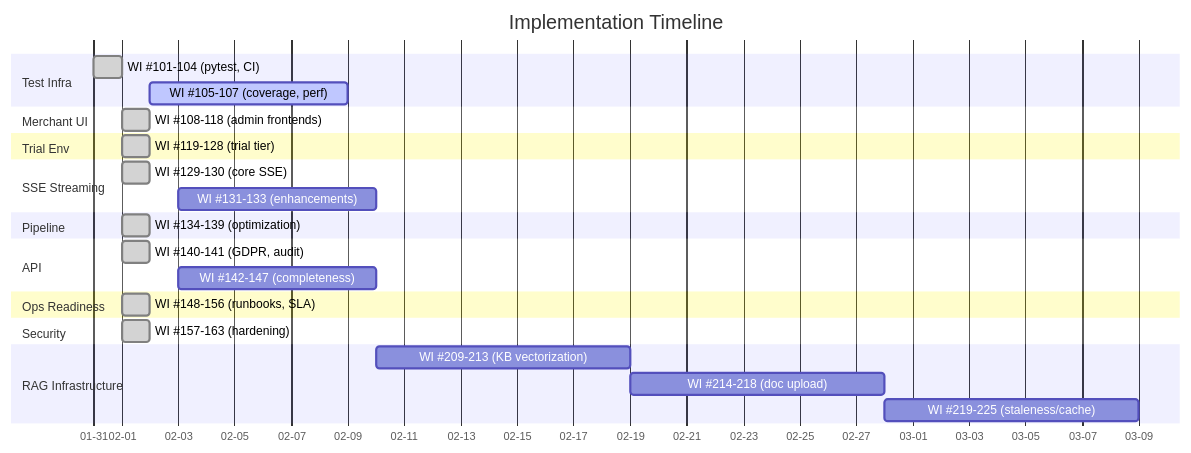
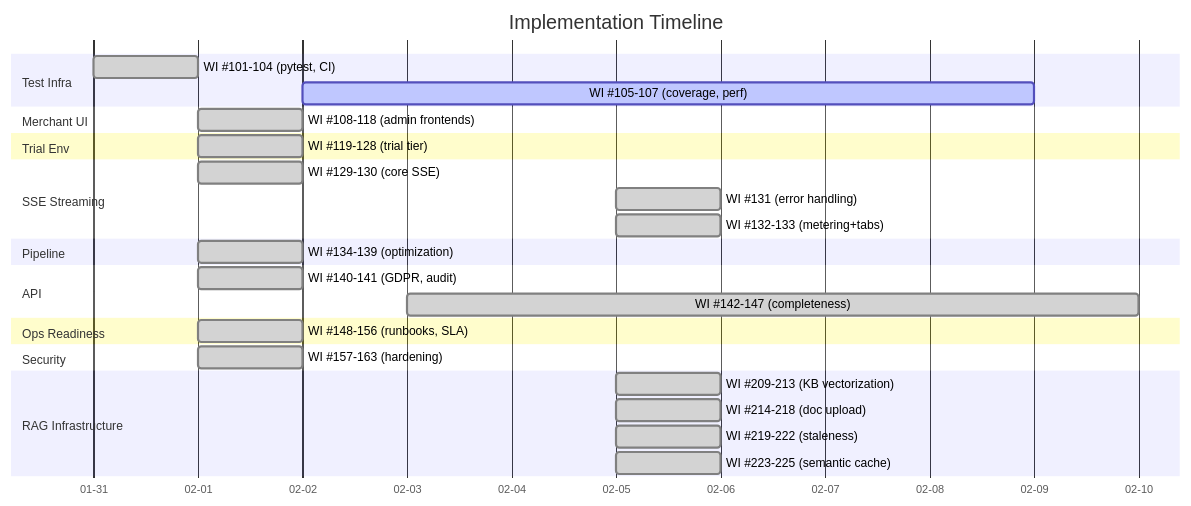
One commit to Remaker-Digital/groundtruth-kb changed the second of 3 diagrams in docs/BACKLOG-NEW-WORK-ITEMS.md. Above: the diagram before and after it, drawn with Mermaid. The commit also changed other lines of this file and 117 other files, not shown here.

````diff
--- a/docs/BACKLOG-NEW-WORK-ITEMS.md
+++ b/docs/BACKLOG-NEW-WORK-ITEMS.md
@@ -22,38 +22,40 @@
 ```mermaid
 gantt
     title Implementation Timeline
     dateFormat YYYY-MM-DD
     axisFormat %m-%d
 
     section Test Infra
     WI #101-104 (pytest, CI)       :done, 2026-01-31, 1d
     WI #105-107 (coverage, perf)   :active, 2026-02-02, 7d
 
     section Merchant UI
     WI #108-118 (admin frontends)  :done, 2026-02-01, 1d
 
     section Trial Env
     WI #119-128 (trial tier)       :done, 2026-02-01, 1d
 
     section SSE Streaming
     WI #129-130 (core SSE)         :done, 2026-02-01, 1d
-    WI #131-133 (enhancements)     :2026-02-03, 7d
+    WI #131 (error handling)        :done, 2026-02-05, 1d
+    WI #132-133 (metering+tabs)     :done, 2026-02-05, 1d
 
     section Pipeline
     WI #134-139 (optimization)     :done, 2026-02-01, 1d
 
     section API
     WI #140-141 (GDPR, audit)      :done, 2026-02-01, 1d
-    WI #142-147 (completeness)     :2026-02-03, 7d
+    WI #142-147 (completeness)     :done, 2026-02-03, 7d
 
     section Ops Readiness
     WI #148-156 (runbooks, SLA)    :done, 2026-02-01, 1d
 
     section Security
     WI #157-163 (hardening)        :done, 2026-02-01, 1d
 
     section RAG Infrastructure
-    WI #209-213 (KB vectorization) :2026-02-10, 9d
-    WI #214-218 (doc upload)       :2026-02-19, 9d
-    WI #219-225 (staleness/cache)  :2026-02-28, 9d
+    WI #209-213 (KB vectorization) :done, 2026-02-05, 1d
+    WI #214-218 (doc upload)       :done, 2026-02-05, 1d
+    WI #219-222 (staleness)        :done, 2026-02-05, 1d
+    WI #223-225 (semantic cache)   :done, 2026-02-05, 1d
 ```
````
